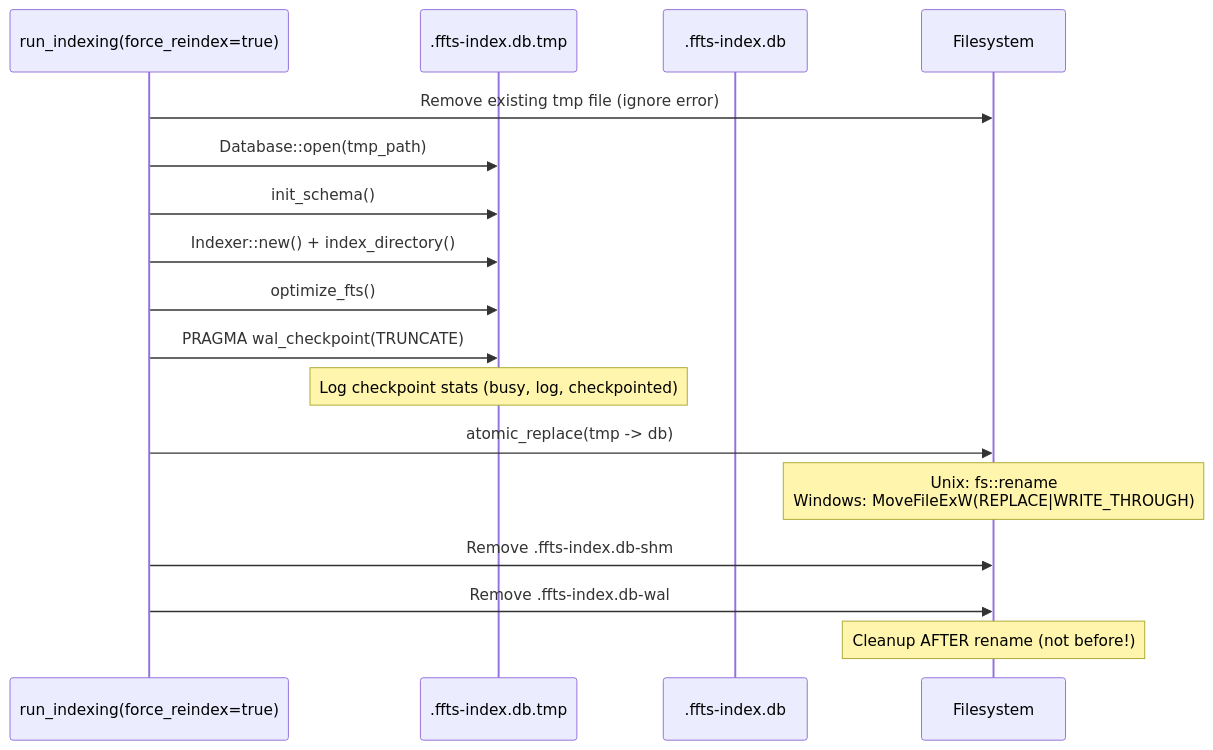
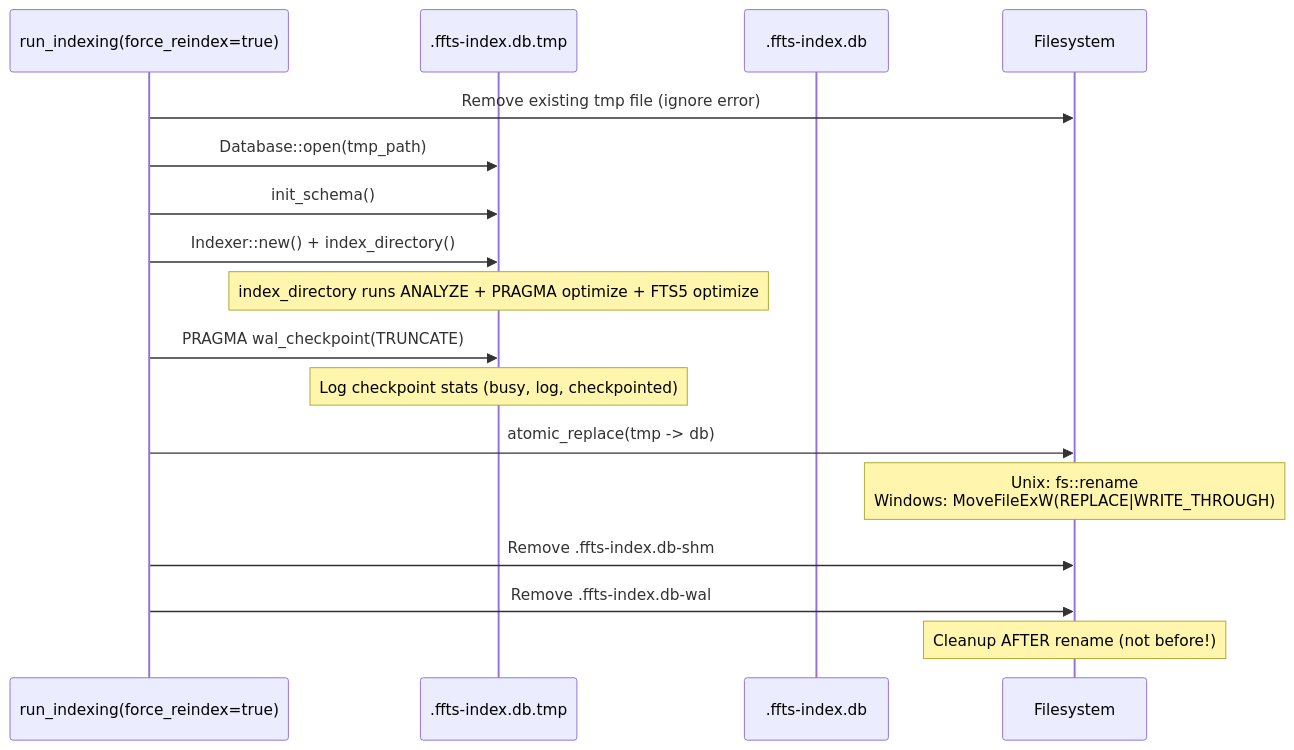
Before and after one commit to mneves75/ffts-grep: the third of 3 diagrams in docs/state-machines/02-indexer-lifecycle.md, drawn with Mermaid. The commit also changed other lines of this file and 23 other files, not shown here.

````diff
--- a/docs/state-machines/02-indexer-lifecycle.md
+++ b/docs/state-machines/02-indexer-lifecycle.md
@@ -127,22 +126,22 @@
 ```mermaid
 sequenceDiagram
     participant CLI as run_indexing(force_reindex=true)
     participant TMP as .ffts-index.db.tmp
     participant DB as .ffts-index.db
     participant FS as Filesystem
 
     CLI->>FS: Remove existing tmp file (ignore error)
     CLI->>TMP: Database::open(tmp_path)
     CLI->>TMP: init_schema()
     CLI->>TMP: Indexer::new() + index_directory()
-    CLI->>TMP: optimize_fts()
+    Note over TMP: index_directory runs ANALYZE + PRAGMA optimize + FTS5 optimize
     CLI->>TMP: PRAGMA wal_checkpoint(TRUNCATE)
     Note over TMP: Log checkpoint stats (busy, log, checkpointed)
 
     CLI->>FS: atomic_replace(tmp -> db)
     Note over FS: Unix: fs::rename<br/>Windows: MoveFileExW(REPLACE|WRITE_THROUGH)
 
     CLI->>FS: Remove .ffts-index.db-shm
     CLI->>FS: Remove .ffts-index.db-wal
     Note over FS: Cleanup AFTER rename (not before!)
 ```
````
